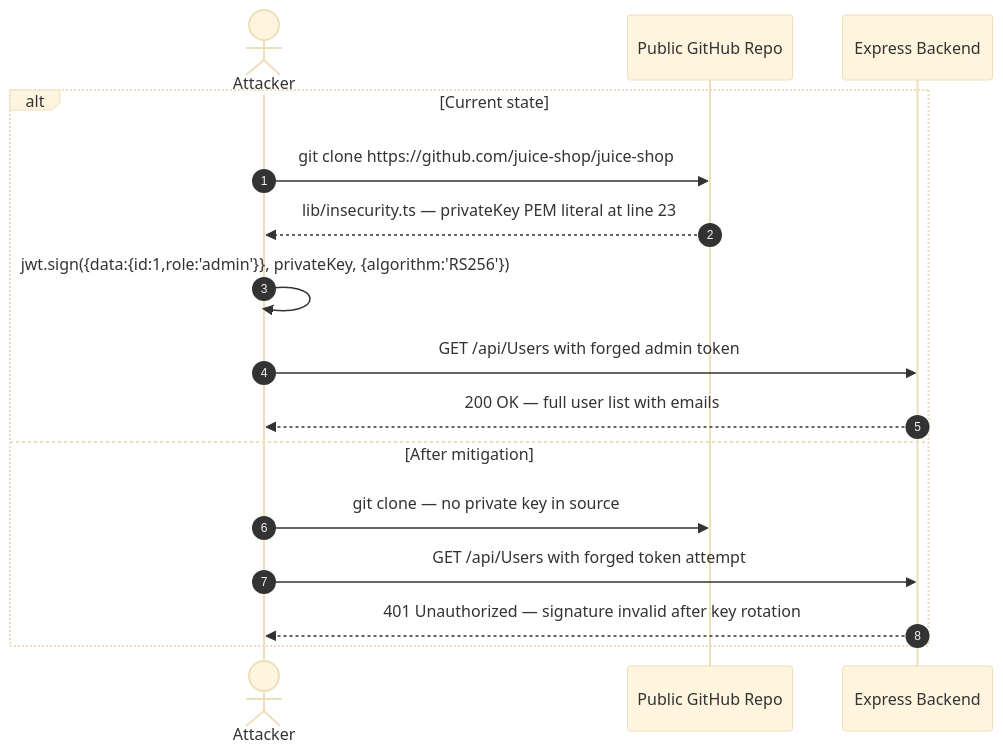
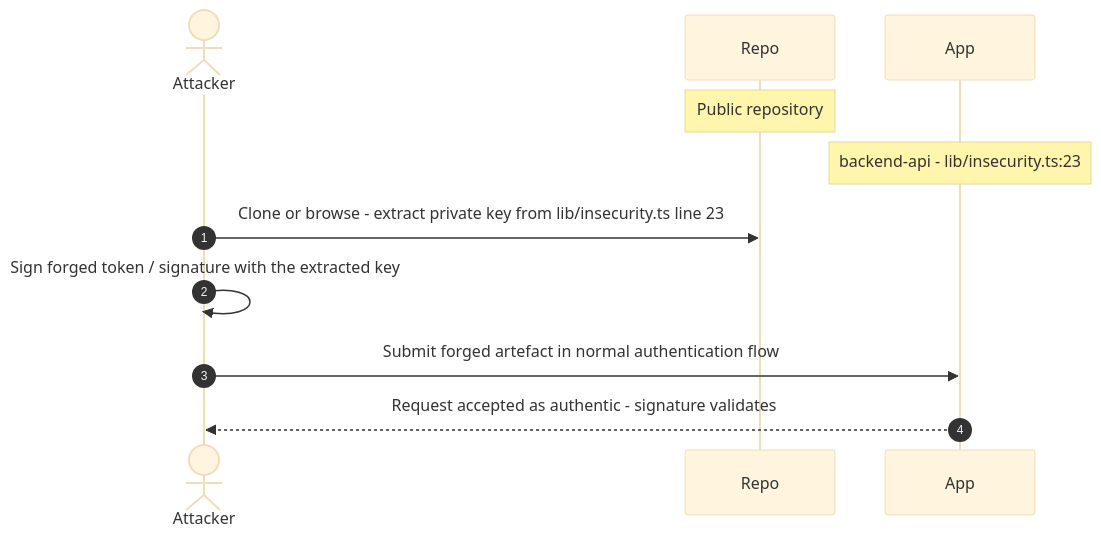
The ninth of 19 diagrams in examples/threat-modeler/threat-model-juice-shop-standard.md (appsec-foundry/appsec-advisor), drawn with Mermaid (base theme) before and after one commit. The commit also changed other lines of this file and 4 other files, not shown here.

````diff
--- a/examples/threat-modeler/threat-model-juice-shop-standard.md
+++ b/examples/threat-modeler/threat-model-juice-shop-standard.md
@@ -568,19 +537,13 @@
 ```mermaid
 sequenceDiagram
     autonumber
     actor Attacker
-    participant GitHub as Public GitHub Repo
-    participant App as Express Backend
-
-    alt Current state
-        Attacker->>GitHub: git clone https://github.com/juice-shop/juice-shop
-        GitHub-->>Attacker: lib/insecurity.ts — privateKey PEM literal at line 23
-        Attacker->>Attacker: jwt.sign({data:{id:1,role:'admin'}}, privateKey, {algorithm:'RS256'})
-        Attacker->>App: GET /api/Users with forged admin token
-        App-->>Attacker: 200 OK — full user list with emails
-    else After mitigation
-        Attacker->>GitHub: git clone — no private key in source
-        Attacker->>App: GET /api/Users with forged token attempt
-        App-->>Attacker: 401 Unauthorized — signature invalid after key rotation
-    end
+    participant Repo
+    participant App
+    Note over Repo: Public repository
+    Note over App: backend-api - lib/insecurity.ts:23
+    Attacker->>Repo: Clone or browse - extract private key from lib/insecurity.ts line 23
+    Attacker->>Attacker: Sign forged token / signature with the extracted key
+    Attacker->>App: Submit forged artefact in normal authentication flow
+    App-->>Attacker: Request accepted as authentic - signature validates
 ```
````
